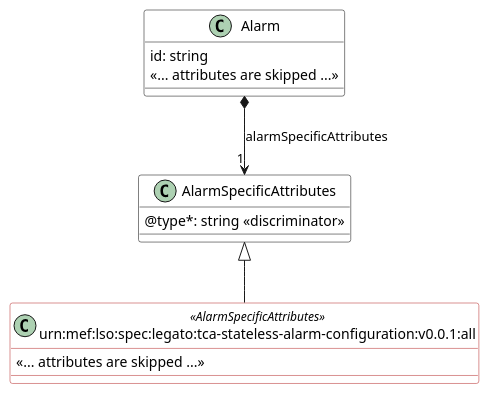
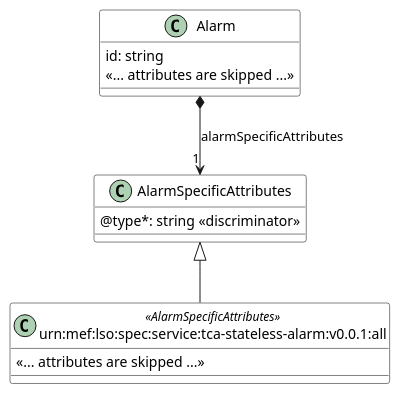
Before and after one commit to MEF-GIT/MEF-LSO-Interlude-SDK: the diagram in documentation/serviceApi/alarm/media/src/extensionPattern.puml, drawn with PlantUML. The commit also changed 28 other files, not shown here.

```diff
--- a/documentation/serviceApi/alarm/media/src/extensionPattern.puml
+++ b/documentation/serviceApi/alarm/media/src/extensionPattern.puml
@@ -1,31 +1,29 @@
 @startuml extensionPattern
 skinparam {
     ClassBackgroundColor White
     ClassBorderColor Black
-    ClassBorderColor<<AlarmSpecificAttributes>> FireBrick
-    ClassBorderColor<<ResultPayload>> FireBrick
 }
 set namespaceSeparator none
 
 class Alarm {
 
     id: string 
     <<... attributes are skipped ...>>
 }
 
 
 class AlarmSpecificAttributes {
     @type*: string <<discriminator>>
 }
 
 
 Alarm *-->"1" AlarmSpecificAttributes : alarmSpecificAttributes
 
-class urn:mef:lso:spec:legato:tca-stateless-alarm-configuration:v0.0.1:all <<AlarmSpecificAttributes>> {
+class urn:mef:lso:spec:service:tca-stateless-alarm:v0.0.1:all <<AlarmSpecificAttributes>> {
 
     <<... attributes are skipped ...>>
 }
-AlarmSpecificAttributes <|-- "urn:mef:lso:spec:legato:tca-stateless-alarm-configuration:v0.0.1:all"
+AlarmSpecificAttributes <|-- "urn:mef:lso:spec:service:tca-stateless-alarm:v0.0.1:all"
 
 
 @enduml
```
